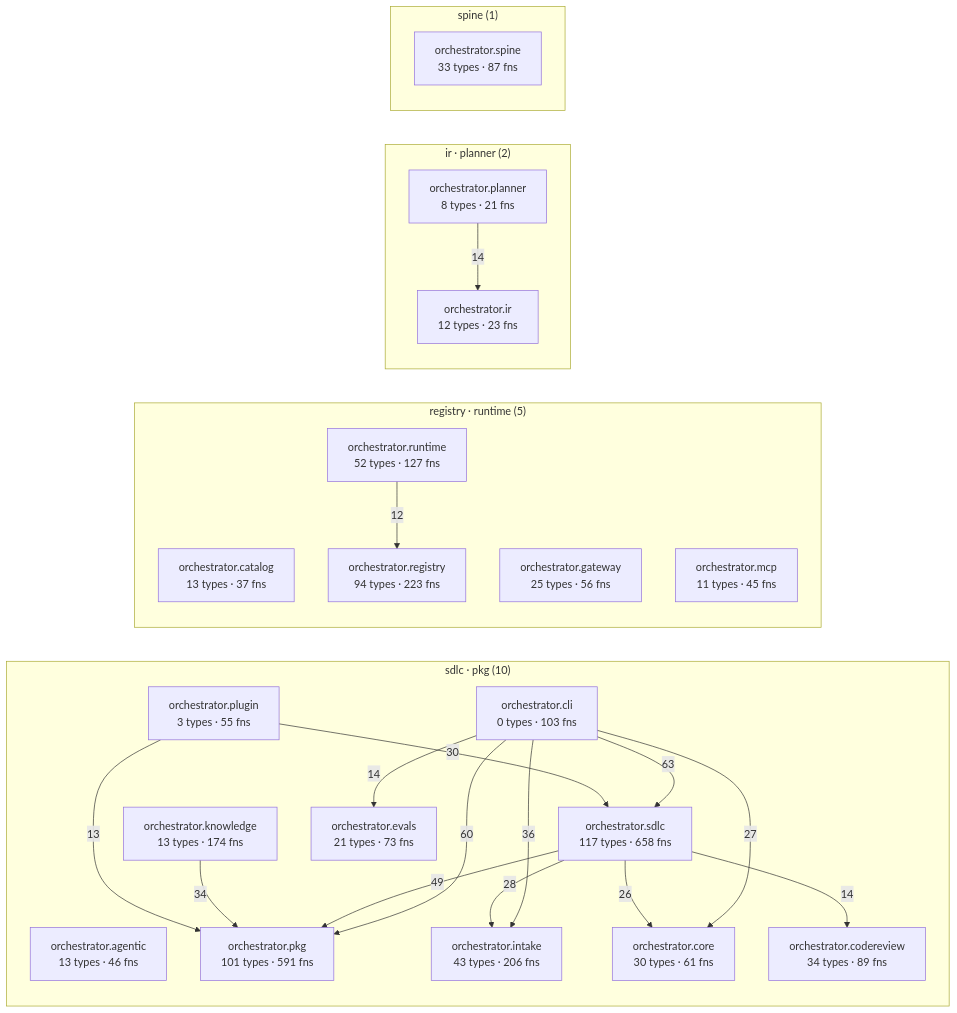
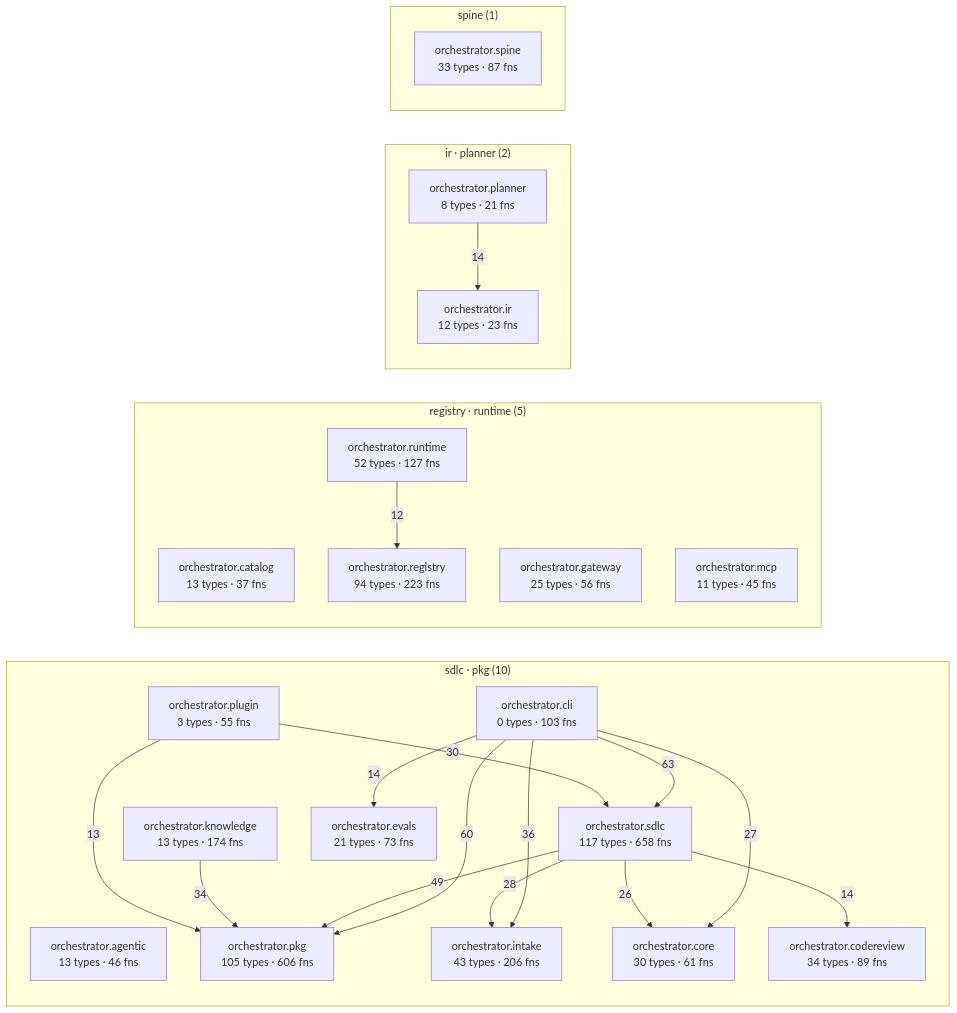
One commit to synaptixs/spine changed the diagram in episteme/architecture.md. Above: the diagram before and after it, drawn with Mermaid. The commit also changed other lines of this file and 9 other files, not shown here.

````diff
--- a/episteme/architecture.md
+++ b/episteme/architecture.md
@@ -54,43 +54,43 @@
 ```mermaid
 flowchart LR
   subgraph c_2["sdlc · pkg (10)"]
     aorchestratoragentic["orchestrator.agentic<br/>13 types · 46 fns"]
     aorchestratorcli["orchestrator.cli<br/>0 types · 103 fns"]
     aorchestratorcodereview["orchestrator.codereview<br/>34 types · 89 fns"]
     aorchestratorcore["orchestrator.core<br/>30 types · 61 fns"]
     aorchestratorevals["orchestrator.evals<br/>21 types · 73 fns"]
     aorchestratorintake["orchestrator.intake<br/>43 types · 206 fns"]
     aorchestratorknowledge["orchestrator.knowledge<br/>13 types · 174 fns"]
-    aorchestratorpkg["orchestrator.pkg<br/>101 types · 591 fns"]
+    aorchestratorpkg["orchestrator.pkg<br/>105 types · 606 fns"]
     aorchestratorplugin["orchestrator.plugin<br/>3 types · 55 fns"]
     aorchestratorsdlc["orchestrator.sdlc<br/>117 types · 658 fns"]
   end
   subgraph c_4["registry · runtime (5)"]
     aorchestratorcatalog["orchestrator.catalog<br/>13 types · 37 fns"]
     aorchestratorgateway["orchestrator.gateway<br/>25 types · 56 fns"]
     aorchestratormcp["orchestrator.mcp<br/>11 types · 45 fns"]
     aorchestratorregistry["orchestrator.registry<br/>94 types · 223 fns"]
     aorchestratorruntime["orchestrator.runtime<br/>52 types · 127 fns"]
   end
   subgraph c_7["ir · planner (2)"]
     aorchestratorir["orchestrator.ir<br/>12 types · 23 fns"]
     aorchestratorplanner["orchestrator.planner<br/>8 types · 21 fns"]
   end
   subgraph c_10["spine (1)"]
     aorchestratorspine["orchestrator.spine<br/>33 types · 87 fns"]
   end
   aorchestratorcli -->|63| aorchestratorsdlc
   aorchestratorcli -->|60| aorchestratorpkg
   aorchestratorsdlc -->|49| aorchestratorpkg
   aorchestratorcli -->|36| aorchestratorintake
   aorchestratorknowledge -->|34| aorchestratorpkg
   aorchestratorplugin -->|30| aorchestratorsdlc
   aorchestratorsdlc -->|28| aorchestratorintake
   aorchestratorcli -->|27| aorchestratorcore
   aorchestratorsdlc -->|26| aorchestratorcore
   aorchestratorcli -->|14| aorchestratorevals
   aorchestratorplanner -->|14| aorchestratorir
   aorchestratorsdlc -->|14| aorchestratorcodereview
   aorchestratorplugin -->|13| aorchestratorpkg
   aorchestratorruntime -->|12| aorchestratorregistry
 ```
````
